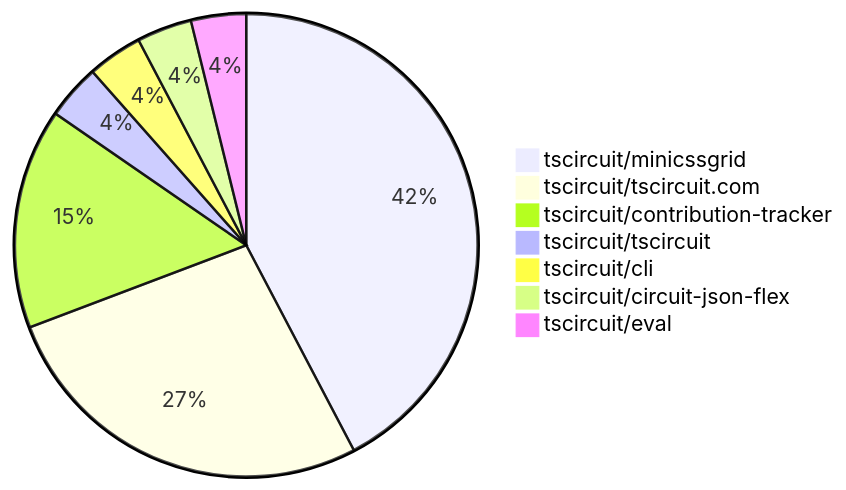
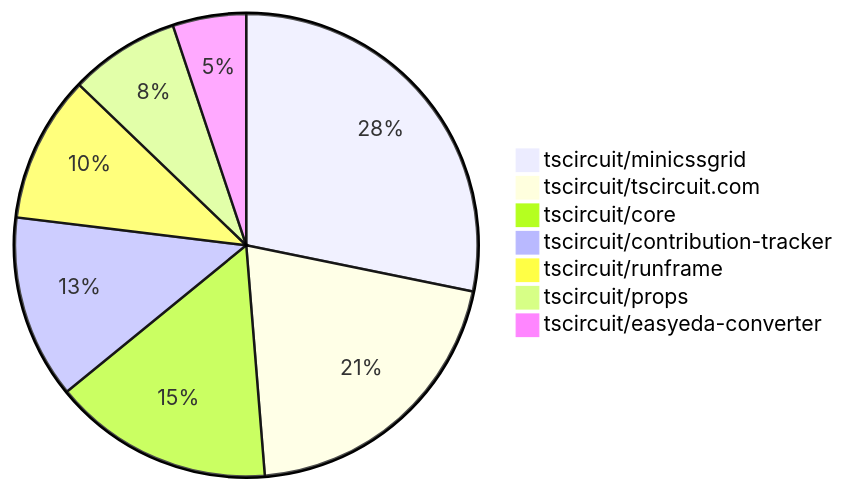
The second of 2 diagrams in contribution-overviews/2025-07-30.md (tscircuit/contribution-tracker), drawn with Mermaid before and after one commit. The commit also changed other lines of this file and 3 other files, not shown here.

````diff
--- a/contribution-overviews/2025-07-30.md
+++ b/contribution-overviews/2025-07-30.md
@@ -50,10 +69,10 @@
 ```mermaid
 pie
     "tscircuit/minicssgrid" : 11
-    "tscircuit/tscircuit.com" : 7
-    "tscircuit/contribution-tracker" : 4
-    "tscircuit/tscircuit" : 1
-    "tscircuit/cli" : 1
-    "tscircuit/circuit-json-flex" : 1
-    "tscircuit/eval" : 1
+    "tscircuit/tscircuit.com" : 8
+    "tscircuit/core" : 6
+    "tscircuit/contribution-tracker" : 5
+    "tscircuit/runframe" : 4
+    "tscircuit/props" : 3
+    "tscircuit/easyeda-converter" : 2
 ```
````
